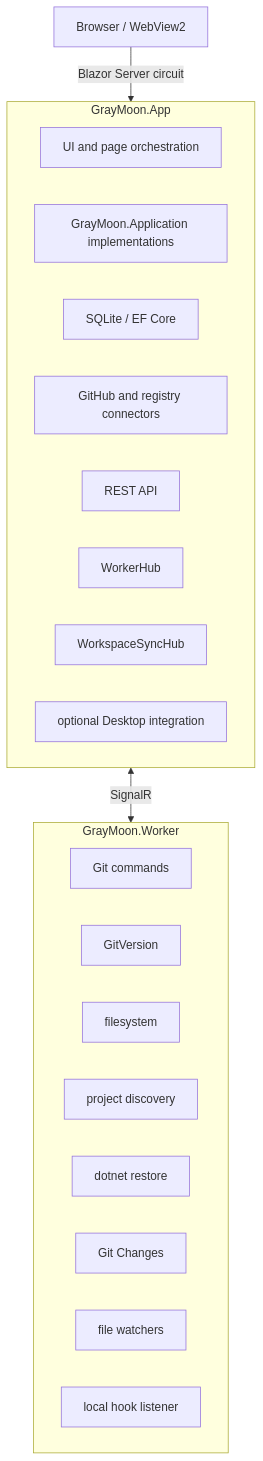
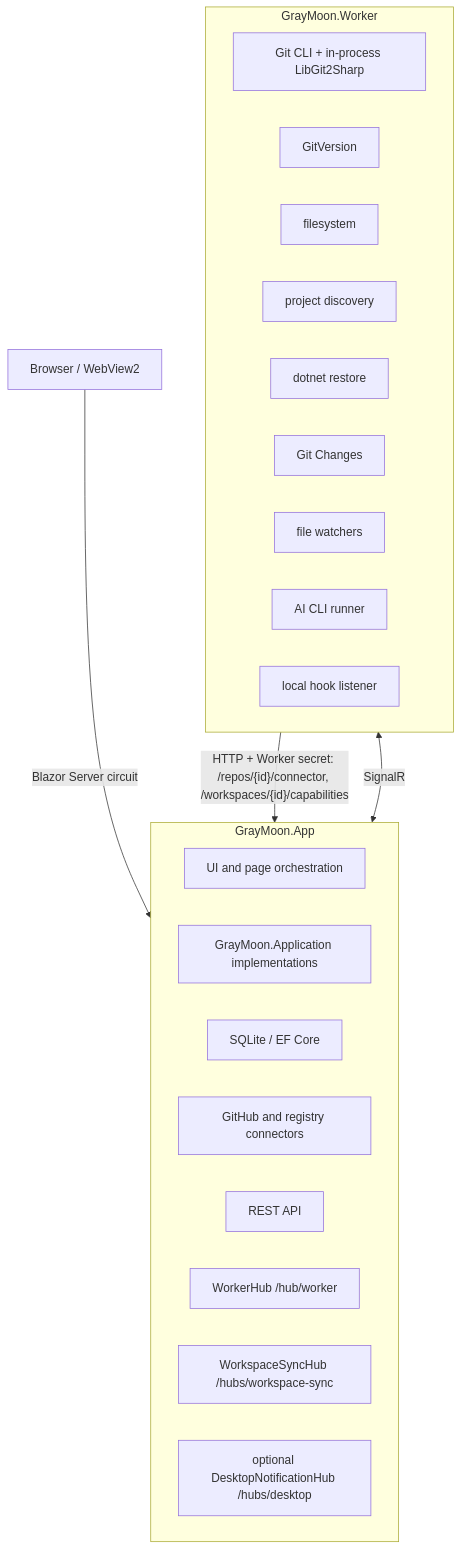
Before and after one commit to Jandini/GrayMoon: the first of 2 diagrams in docs/architecture/02-system-architecture.md, drawn with Mermaid. The commit also changed other lines of this file and 87 other files, not shown here.

First line of the commit message:
Refresh architecture docs and workspace guidance across repositories (#463)

````diff
--- a/docs/architecture/02-system-architecture.md
+++ b/docs/architecture/02-system-architecture.md
@@ -7,29 +7,31 @@
 ```mermaid
 flowchart TB
   Browser["Browser / WebView2"]
   Browser -->|"Blazor Server circuit"| App
 
   subgraph App["GrayMoon.App"]
     UI["UI and page orchestration"]
     Appl["GrayMoon.Application implementations"]
     SQLite["SQLite / EF Core"]
     Conn["GitHub and registry connectors"]
     REST["REST API"]
-    WorkerHub["WorkerHub"]
-    SyncHub["WorkspaceSyncHub"]
-    DesktopOpt["optional Desktop integration"]
+    WorkerHub["WorkerHub /hub/worker"]
+    SyncHub["WorkspaceSyncHub /hubs/workspace-sync"]
+    DesktopOpt["optional DesktopNotificationHub /hubs/desktop"]
   end
 
   subgraph Worker["GrayMoon.Worker"]
-    GitCmd["Git commands"]
+    GitCmd["Git CLI + in-process LibGit2Sharp"]
     GitVer["GitVersion"]
     Filesys["filesystem"]
     Discover["project discovery"]
     Dotnet["dotnet restore"]
     GitChg["Git Changes"]
     Watch["file watchers"]
+    Ai["AI CLI runner"]
     HookL["local hook listener"]
   end
 
   App <-->|"SignalR"| Worker
+  Worker -->|"HTTP + Worker secret: /repos/{id}/connector, /workspaces/{id}/capabilities"| App
 ```
````
